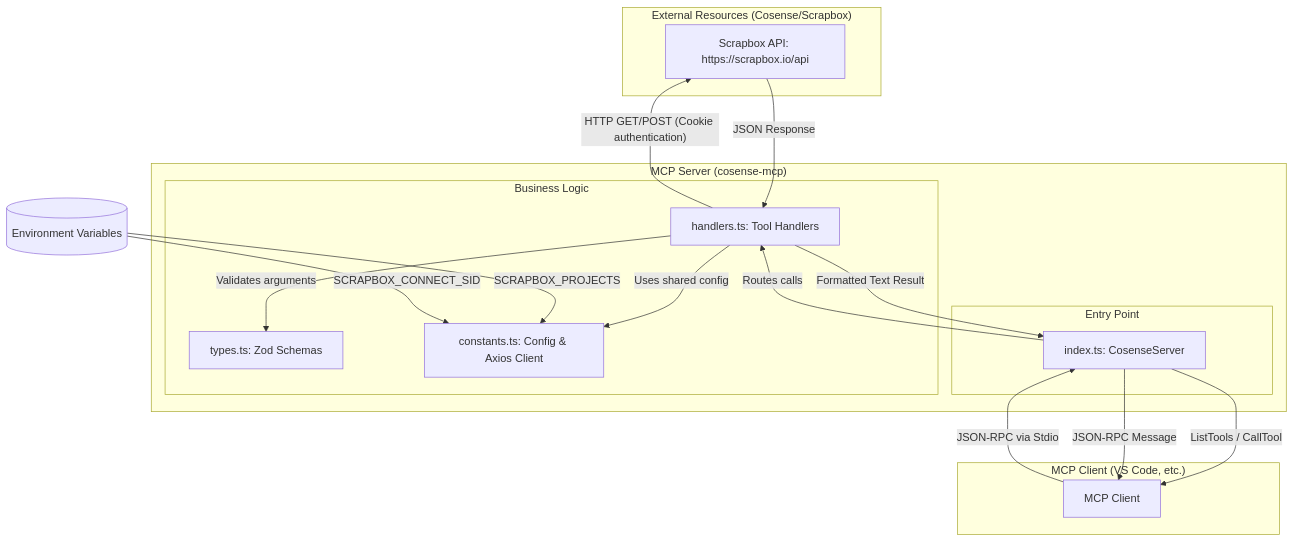
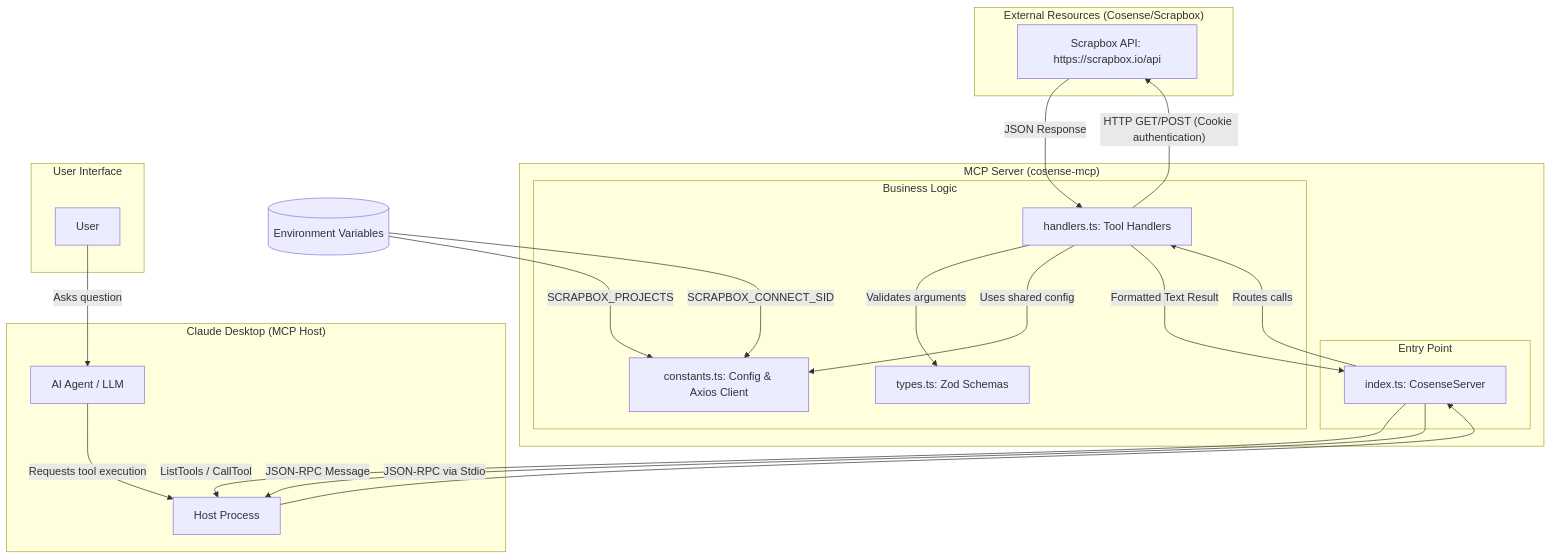
Before and after one commit to wararaki718/cosense-mcp: the diagram in architecture.md, drawn with Mermaid. The commit also changed other lines of this file, not shown here.

````diff
--- a/architecture.md
+++ b/architecture.md
@@ -7,40 +7,47 @@
 ```mermaid
 graph TD
     subgraph "External Resources (Cosense/Scrapbox)"
         API[Scrapbox API: https://scrapbox.io/api]
     end
 
     subgraph "MCP Server (cosense-mcp)"
         subgraph "Entry Point"
             Index[index.ts: CosenseServer]
         end
 
         subgraph "Business Logic"
             Handlers[handlers.ts: Tool Handlers]
             Types[types.ts: Zod Schemas]
             Constants[constants.ts: Config & Axios Client]
         end
     end
 
-    subgraph "MCP Client (VS Code, etc.)"
-        Client[MCP Client]
+    subgraph "Claude Desktop (MCP Host)"
+        Agent[AI Agent / LLM]
+        Client[Host Process]
+        Agent -- "Requests tool execution" --> Client
+    end
+
+    subgraph "User Interface"
+        User[User]
     end
 
     %% Interactions
+    User -- "Asks question" --> Agent
     Client -- "JSON-RPC via Stdio" --> Index
     Index -- "ListTools / CallTool" --> Client
     
     Index -- "Routes calls" --> Handlers
     Handlers -- "Validates arguments" --> Types
     Handlers -- "Uses shared config" --> Constants
     
     Handlers -- "HTTP GET/POST (Cookie authentication)" --> API
     API -- "JSON Response" --> Handlers
     Handlers -- "Formatted Text Result" --> Index
     Index -- "JSON-RPC Message" --> Client
 
     %% Configuration
     ENV[(Environment Variables)]
     ENV -- "SCRAPBOX_PROJECTS" --> Constants
     ENV -- "SCRAPBOX_CONNECT_SID" --> Constants
 ```
````
